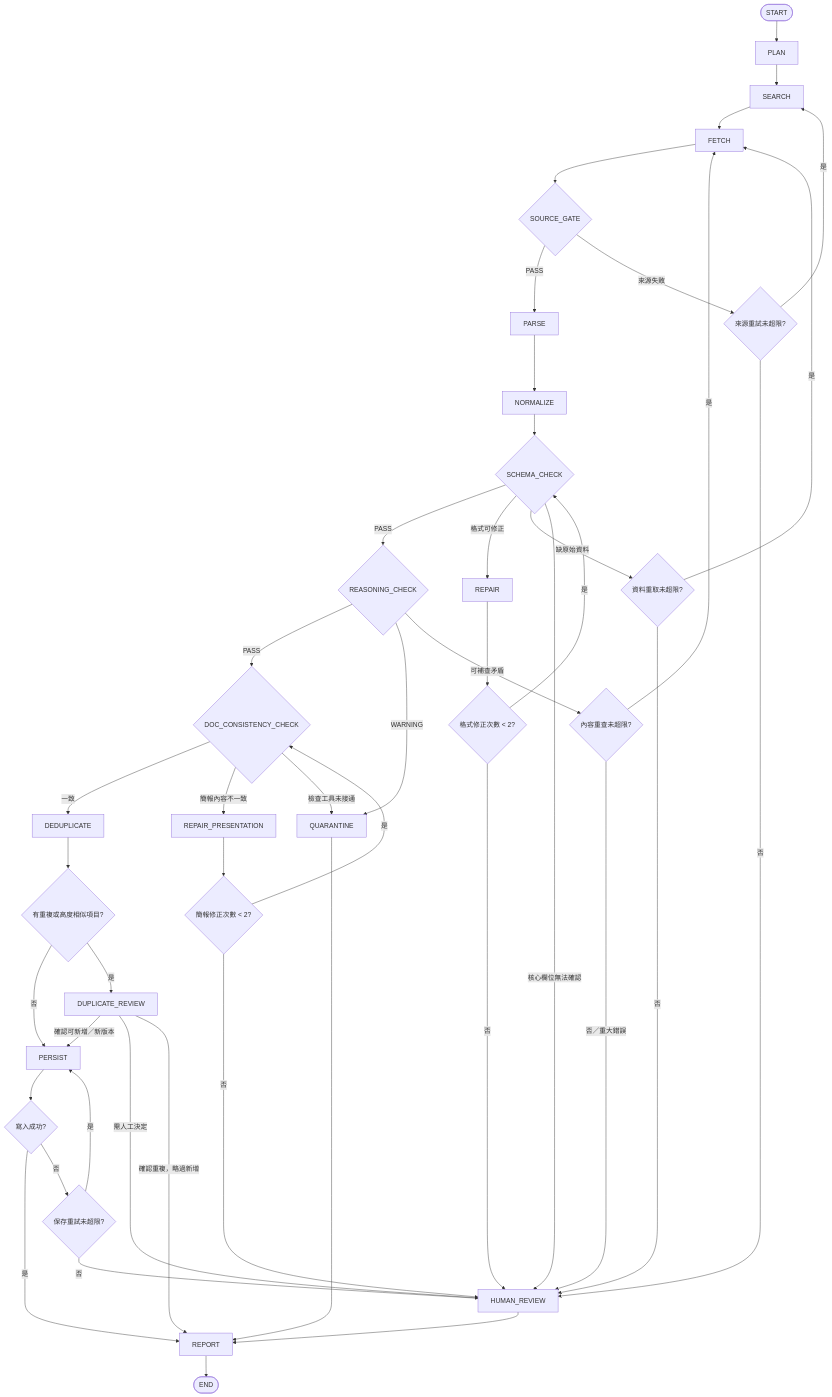
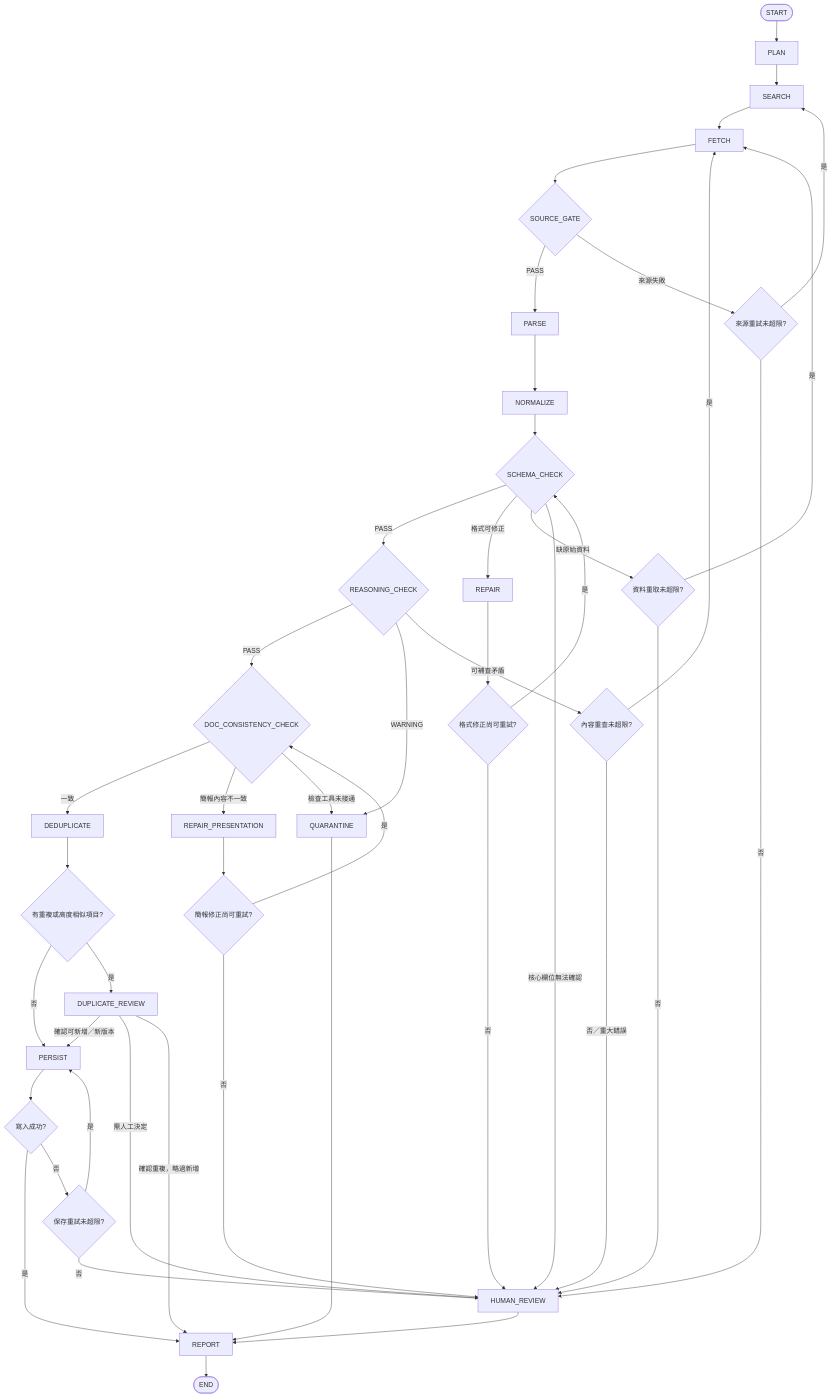
One commit to b101113002/Baking-wiki changed the diagram in workflows/recipe-graph.md. Above: the diagram before and after it, drawn with Mermaid.

Commit message:
Polish Mermaid retry decision labels

````diff
--- a/workflows/recipe-graph.md
+++ b/workflows/recipe-graph.md
@@ -39,42 +39,42 @@
 ```mermaid
 flowchart TD
     A([START]) --> B[PLAN] --> C[SEARCH] --> D[FETCH] --> E{SOURCE_GATE}
     E -->|PASS| F[PARSE]
     E -->|來源失敗| R1{來源重試未超限?}
     R1 -->|是| C
     R1 -->|否| H[HUMAN_REVIEW]
     F --> G[NORMALIZE] --> I{SCHEMA_CHECK}
     I -->|PASS| J{REASONING_CHECK}
-    I -->|格式可修正| K[REPAIR] --> R5{格式修正次數 < 2?}
+    I -->|格式可修正| K[REPAIR] --> R5{格式修正尚可重試?}
     R5 -->|是| I
     R5 -->|否| H
     I -->|缺原始資料| R2{資料重取未超限?}
     R2 -->|是| D
     R2 -->|否| H
     I -->|核心欄位無法確認| H
     J -->|PASS| DC{DOC_CONSISTENCY_CHECK}
     J -->|WARNING| Q[QUARANTINE]
     J -->|可補查矛盾| R3{內容重查未超限?}
     R3 -->|是| D
     R3 -->|否／重大錯誤| H
     DC -->|一致| L[DEDUPLICATE]
     DC -->|簡報內容不一致| RP[REPAIR_PRESENTATION]
-    RP --> R6{簡報修正次數 < 2?}
+    RP --> R6{簡報修正尚可重試?}
     R6 -->|是| DC
     R6 -->|否| H
     DC -->|檢查工具未接通| Q
     L --> M{有重複或高度相似項目?}
     M -->|否| N[PERSIST]
     M -->|是| O[DUPLICATE_REVIEW]
     O -->|確認可新增／新版本| N
     O -->|需人工決定| H
     O -->|確認重複，略過新增| P[REPORT]
     N --> S{寫入成功?}
     S -->|是| P
     S -->|否| R4{保存重試未超限?}
     R4 -->|是| N
     R4 -->|否| H
     Q --> P
     H --> P
     P --> T([END])
 ```
````
